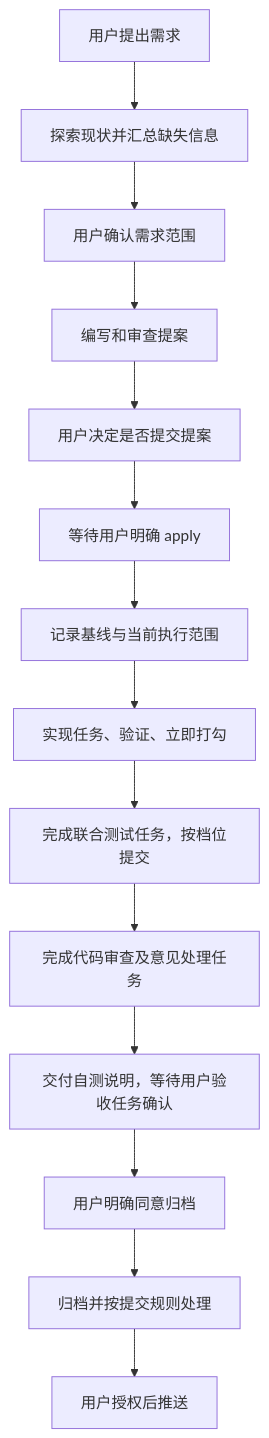
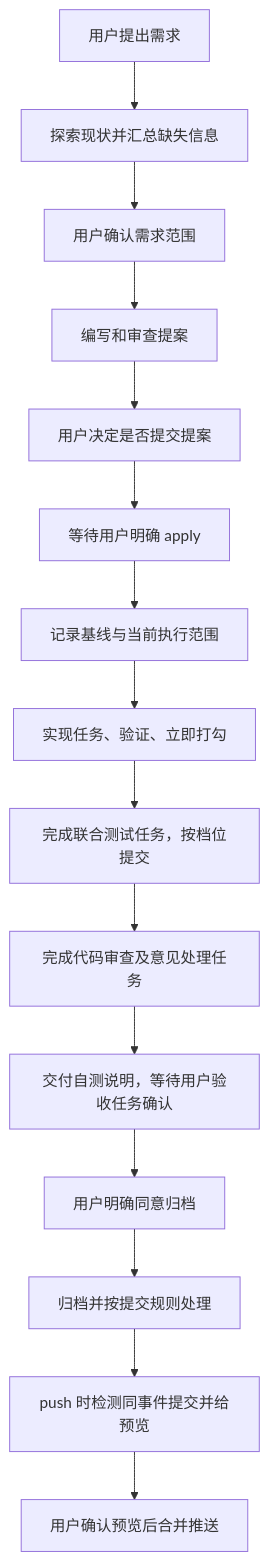
The diagram in docs/plans/20261011-vibe-kit-development-optimization.md (ttlsarimakousei/ai-vibe-flow), drawn with Mermaid before and after one commit. The commit also changed other lines of this file, not shown here.

````diff
--- a/docs/plans/20261011-vibe-kit-development-optimization.md
+++ b/docs/plans/20261011-vibe-kit-development-optimization.md
@@ -43,16 +43,17 @@
 ```mermaid
 flowchart TD
   A[用户提出需求] --> B[探索现状并汇总缺失信息]
   B --> C[用户确认需求范围]
   C --> D[编写和审查提案]
   D --> E[用户决定是否提交提案]
   E --> F[等待用户明确 apply]
   F --> G[记录基线与当前执行范围]
   G --> H[实现任务、验证、立即打勾]
   H --> I[完成联合测试任务，按档位提交]
   I --> J[完成代码审查及意见处理任务]
   J --> K[交付自测说明，等待用户验收任务确认]
   K --> L[用户明确同意归档]
   L --> M[归档并按提交规则处理]
-  M --> N[用户授权后推送]
+  M --> N[push 时检测同事件提交并给预览]
+  N --> O[用户确认预览后合并推送]
 ```
````
